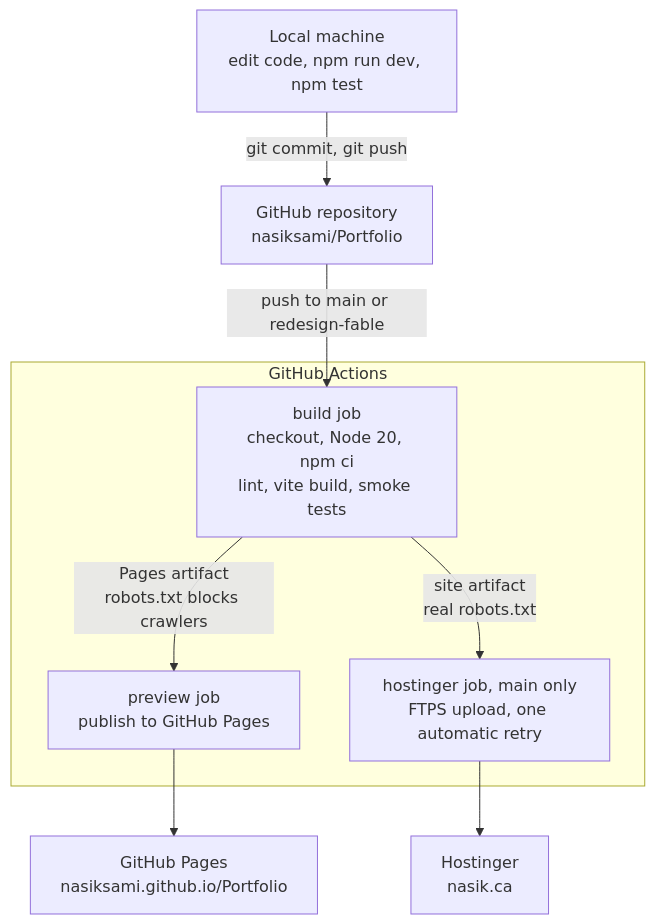
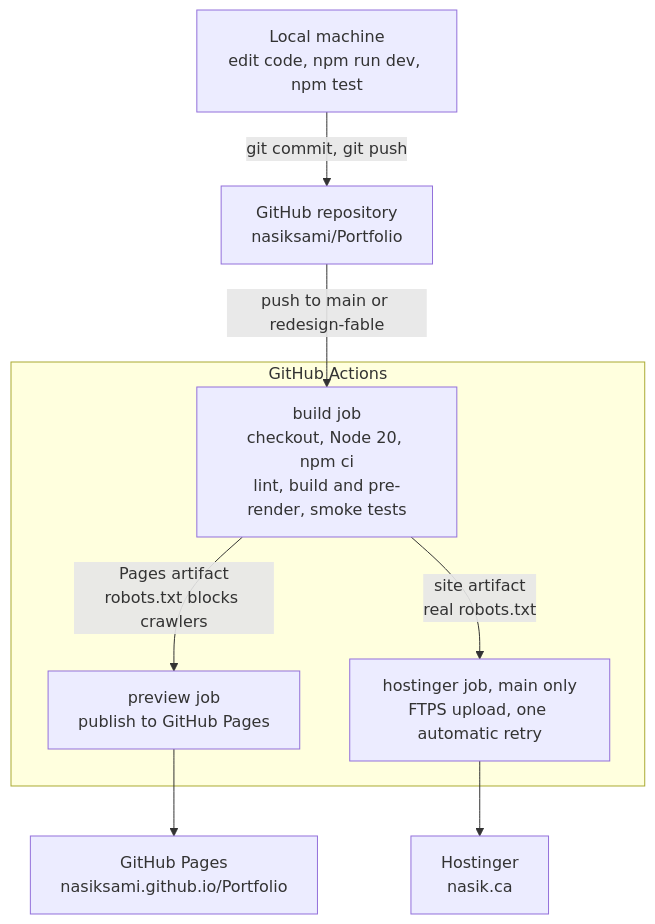
Before and after one commit to nasiksami/Portfolio: the second of 3 diagrams in README.md, drawn with Mermaid. The commit also changed other lines of this file, not shown here.

Commit message:
docs(readme): pre-rendering, routes and the new build steps

````diff
--- a/README.md
+++ b/README.md
@@ -86,19 +95,19 @@
 ```mermaid
 flowchart TD
     dev["Local machine<br/>edit code, npm run dev, npm test"]
     repo["GitHub repository<br/>nasiksami/Portfolio"]
 
     dev -->|"git commit, git push"| repo
     repo -->|"push to main or redesign-fable"| build
 
     subgraph actions["GitHub Actions"]
-        build["build job<br/>checkout, Node 20, npm ci<br/>lint, vite build, smoke tests"]
+        build["build job<br/>checkout, Node 20, npm ci<br/>lint, build and pre-render, smoke tests"]
         preview["preview job<br/>publish to GitHub Pages"]
         hostinger["hostinger job, main only<br/>FTPS upload, one automatic retry"]
         build -->|"Pages artifact<br/>robots.txt blocks crawlers"| preview
         build -->|"site artifact<br/>real robots.txt"| hostinger
     end
 
     preview --> pages["GitHub Pages<br/>nasiksami.github.io/Portfolio"]
     hostinger --> live["Hostinger<br/>nasik.ca"]
 ```
````
